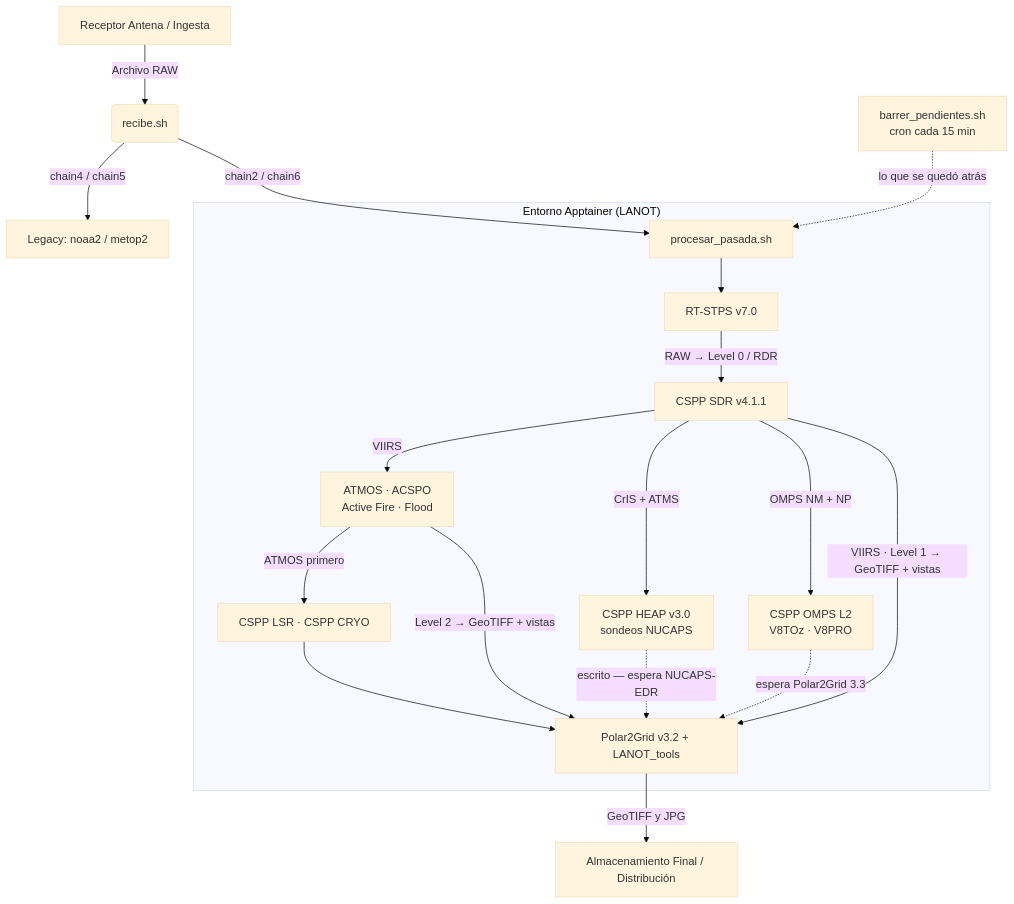
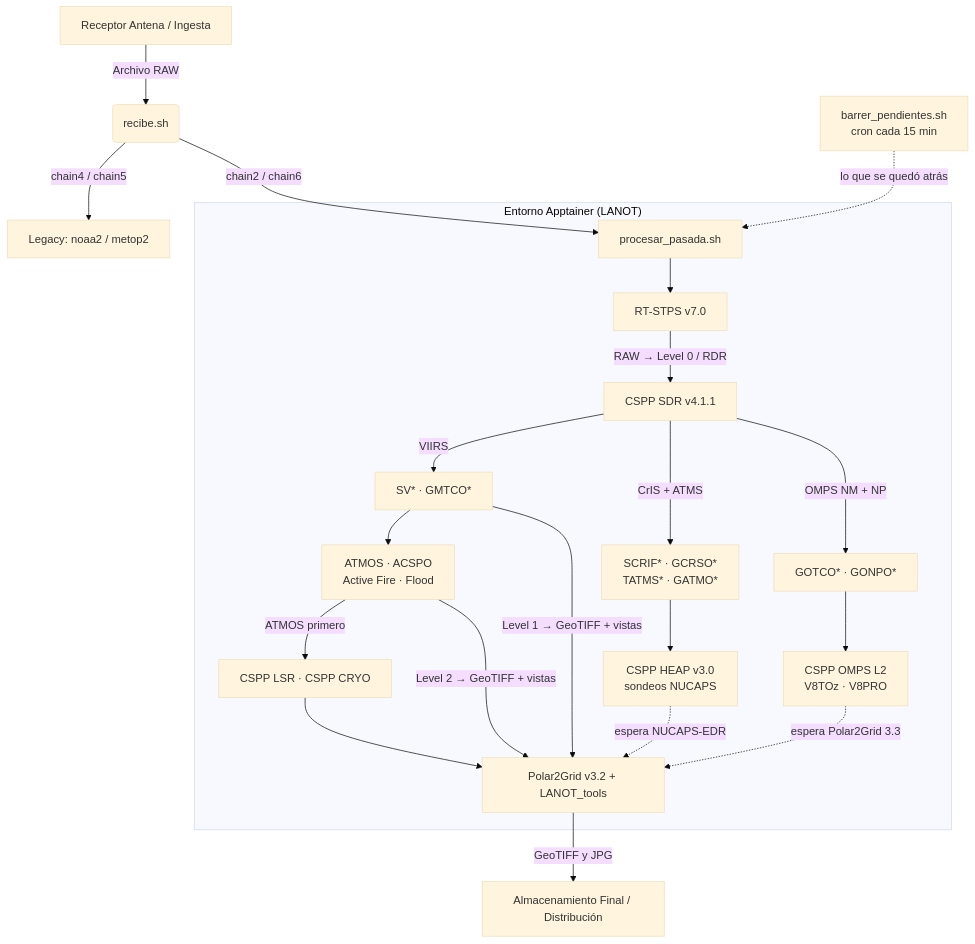
Before and after one commit to LANOT-UNAM/LANOT_procesamiento_polar: the diagram in README.md, drawn with Mermaid (base theme).

Commit message:
El diagrama, ya renderizado: los tres flujos de SDR, explícitos
Con las ramas de sensor saliendo directo del nodo de CSPP SDR, la flecha del
renderizado de Level 1 daba un rodeo por la derecha y su etiqueta aterrizaba
debajo de "OMPS NM + NP", como si fuera de esa rama. No se ve leyendo el bloque:
se vio al renderizarlo.

Ahora los tres flujos van explícitos —SV*/GMTCO*, SCRIF*/GCRSO* con
TATMS*/GATMO*, GOTCO*/GONPO*— y de cada uno cuelga lo suyo. Quedan alineados en
una fila, la etiqueta de Level 1 cae bajo la columna de VIIRS, y de paso el
diagrama dice con qué archivos se reconoce cada rama, que es lo que uno busca
cuando mira /data/output/jpss/level1.

Verificado con mermaid-cli (mmdc), no solo leído.

````diff
--- a/README.md
+++ b/README.md
@@ -31,26 +31,29 @@
 ```mermaid
 graph TD
     A[Receptor Antena / Ingesta] -->|Archivo RAW| B(recibe.sh)
     B -->|chain4 / chain5| C[Legacy: noaa2 / metop2]
     B -->|chain2 / chain6| D[procesar_pasada.sh]
     Z[barrer_pendientes.sh<br/>cron cada 15 min] -.->|lo que se quedó atrás| D
 
     subgraph "Entorno Apptainer (LANOT)"
     D --> E[RT-STPS v7.0]
     E -->|RAW → Level 0 / RDR| F[CSPP SDR v4.1.1]
 
-    F -->|VIIRS| G[ATMOS · ACSPO<br/>Active Fire · Flood]
-    F -->|CrIS + ATMS| N[CSPP HEAP v3.0<br/>sondeos NUCAPS]
-    F -->|OMPS NM + NP| O[CSPP OMPS L2<br/>V8TOz · V8PRO]
+    F -->|VIIRS| V[SV* · GMTCO*]
+    F -->|CrIS + ATMS| S[SCRIF* · GCRSO*<br/>TATMS* · GATMO*]
+    F -->|OMPS NM + NP| Q[GOTCO* · GONPO*]
 
+    V --> G[ATMOS · ACSPO<br/>Active Fire · Flood]
     G -->|ATMOS primero| L[CSPP LSR · CSPP CRYO]
+    S --> N[CSPP HEAP v3.0<br/>sondeos NUCAPS]
+    Q --> O[CSPP OMPS L2<br/>V8TOz · V8PRO]
 
-    F -->|VIIRS · Level 1 → GeoTIFF + vistas| H[Polar2Grid v3.2 + LANOT_tools]
+    V -->|Level 1 → GeoTIFF + vistas| H[Polar2Grid v3.2 + LANOT_tools]
     G -->|Level 2 → GeoTIFF + vistas| H
     L --> H
-    N -.->|escrito — espera NUCAPS-EDR| H
+    N -.->|espera NUCAPS-EDR| H
     O -.->|espera Polar2Grid 3.3| H
     end
 
     H -->|GeoTIFF y JPG| I[Almacenamiento Final / Distribución]
 ```
````
